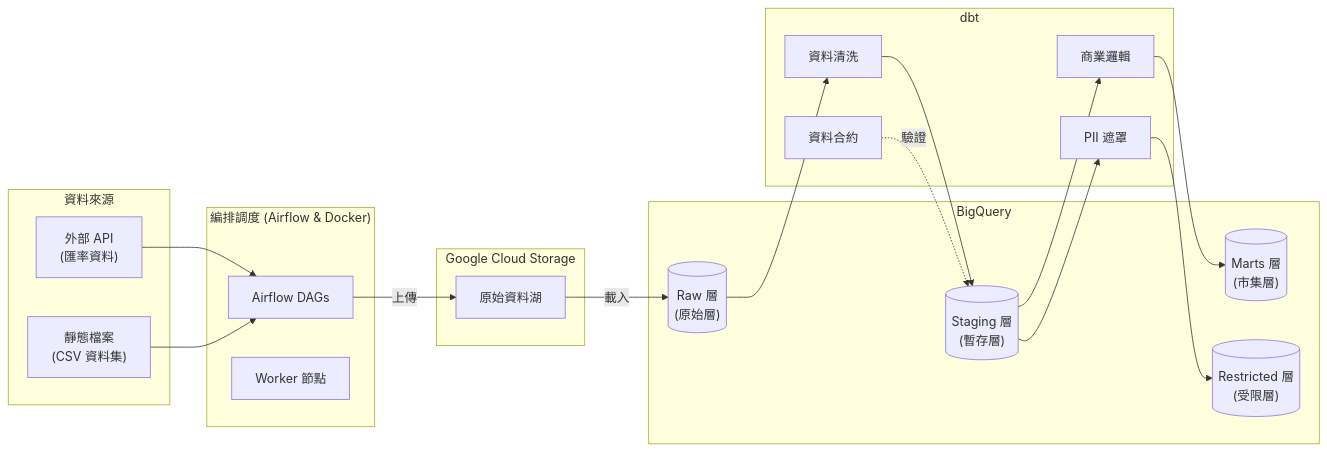
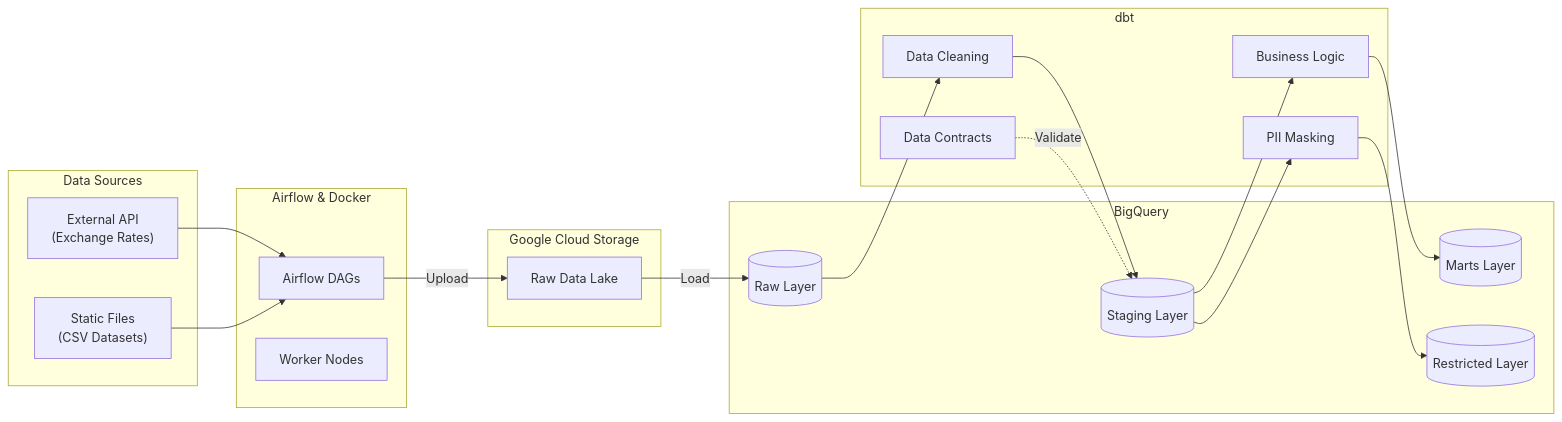
The diagram in README.md (PoChaoWang/Secure-E-commerce-Customer-360-Platform), drawn with Mermaid before and after one commit. The commit also changed other lines of this file and 2 other files, not shown here.

````diff
--- a/README.md
+++ b/README.md
@@ -11,43 +10,42 @@
 ```mermaid
 graph LR
-    subgraph Sources [資料來源]
-        A["外部 API<br>(匯率資料)"]
-        B["靜態檔案<br>(CSV 資料集)"]
+    subgraph Sources [Data Sources]
+        A["External API<br>(Exchange Rates)"]
+        B["Static Files<br>(CSV Datasets)"]
     end
 
-    subgraph Orchestration ["編排調度 (Airflow & Docker)"]
+    subgraph Orchestration [Airflow & Docker]
         C[Airflow DAGs]
-        D[Worker 節點]
+        D[Worker Nodes]
     end
 
     subgraph Data_Lake [Google Cloud Storage]
-        E[原始資料湖]
+        E[Raw Data Lake]
     end
 
     subgraph Data_Warehouse [BigQuery]
-        F[("Raw 層<br>(原始層)")]
-        G[("Staging 層<br>(暫存層)")]
-        H[("Marts 層<br>(市集層)")]
-        I[("Restricted 層<br>(受限層)")]
+        F[("Raw Layer")]
+        G[("Staging Layer")]
+        H[("Marts Layer")]
+        I[("Restricted Layer")]
     end
 
     subgraph Transformation [dbt]
-        J[資料清洗]
-        K[PII 遮罩]
-        L[商業邏輯]
-        M[資料合約]
+        J[Data Cleaning]
+        K[PII Masking]
+        L[Business Logic]
+        M[Data Contracts]
     end
 
     A --> C
     B --> C
-    C -->|上傳| E
-    E -->|載入| F
+    C -->|Upload| E
+    E -->|Load| F
     F --> J
     J --> G
     G --> K
     G --> L
     K --> I
     L --> H
-    M -.->|驗證| G
-
+    M -.->|Validate| G
 ```
````
